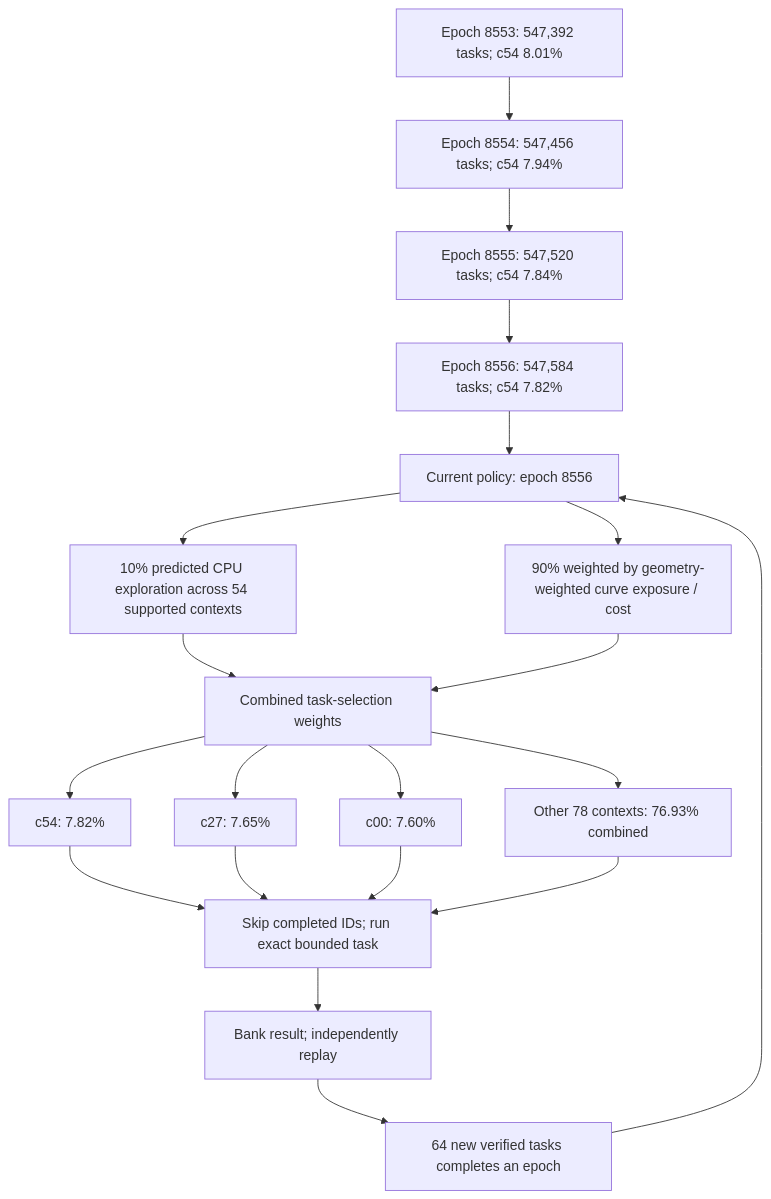
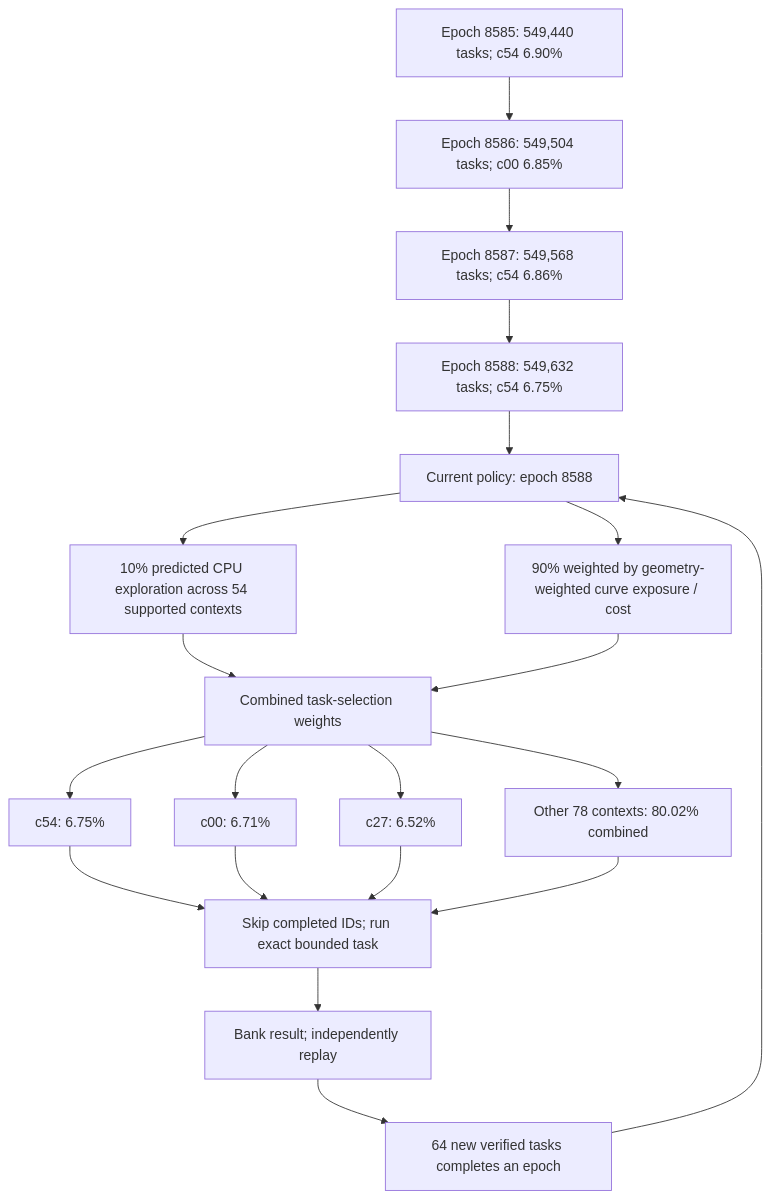
One commit to Kuberwastaken/math-gambling changed the first of 4 diagrams in README.md. Above: the diagram before and after it, drawn with Mermaid. The commit also changed other lines of this file and 4656 other files, not shown here.

````diff
--- a/README.md
+++ b/README.md
@@ -60,27 +60,27 @@
 ```mermaid
 flowchart TD
-    H0["Epoch 8553: 547,392 tasks; c54 8.01%"]
-    H1["Epoch 8554: 547,456 tasks; c54 7.94%"]
+    H0["Epoch 8585: 549,440 tasks; c54 6.90%"]
+    H1["Epoch 8586: 549,504 tasks; c00 6.85%"]
     H0 --> H1
-    H2["Epoch 8555: 547,520 tasks; c54 7.84%"]
+    H2["Epoch 8587: 549,568 tasks; c54 6.86%"]
     H1 --> H2
-    H3["Epoch 8556: 547,584 tasks; c54 7.82%"]
+    H3["Epoch 8588: 549,632 tasks; c54 6.75%"]
     H2 --> H3
-    Policy["Current policy: epoch 8556"]
+    Policy["Current policy: epoch 8588"]
     H3 --> Policy
     Policy --> Explore["10% predicted CPU exploration across 54 supported contexts"]
     Policy --> Cost["90% weighted by geometry-weighted curve exposure / cost"]
     Explore --> Mix["Combined task-selection weights"]
     Cost --> Mix
-    Mix --> C0["c54: 7.82%"]
-    Mix --> C1["c27: 7.65%"]
-    Mix --> C2["c00: 7.60%"]
-    Mix --> Rest["Other 78 contexts: 76.93% combined"]
+    Mix --> C0["c54: 6.75%"]
+    Mix --> C1["c00: 6.71%"]
+    Mix --> C2["c27: 6.52%"]
+    Mix --> Rest["Other 78 contexts: 80.02% combined"]
     C0 --> Check["Skip completed IDs; run exact bounded task"]
     C1 --> Check
     C2 --> Check
     Rest --> Check
     Check --> Replay["Bank result; independently replay"]
     Replay --> Gate["64 new verified tasks completes an epoch"]
     Gate --> Policy
 ```
````
